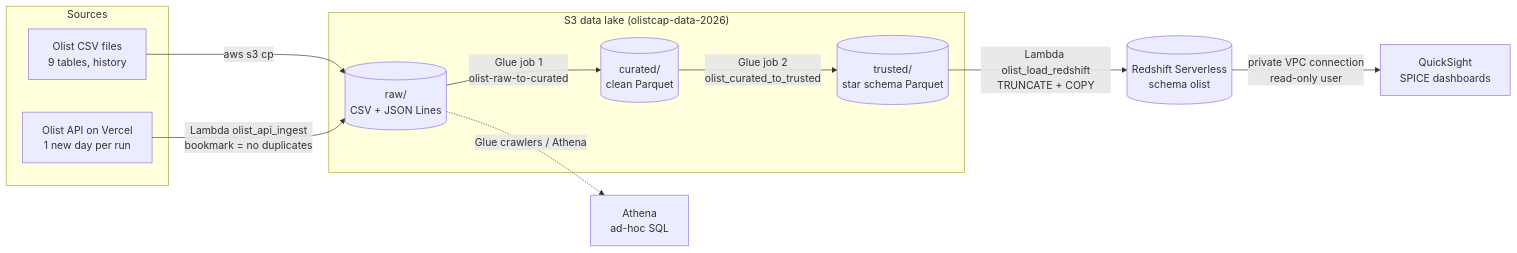
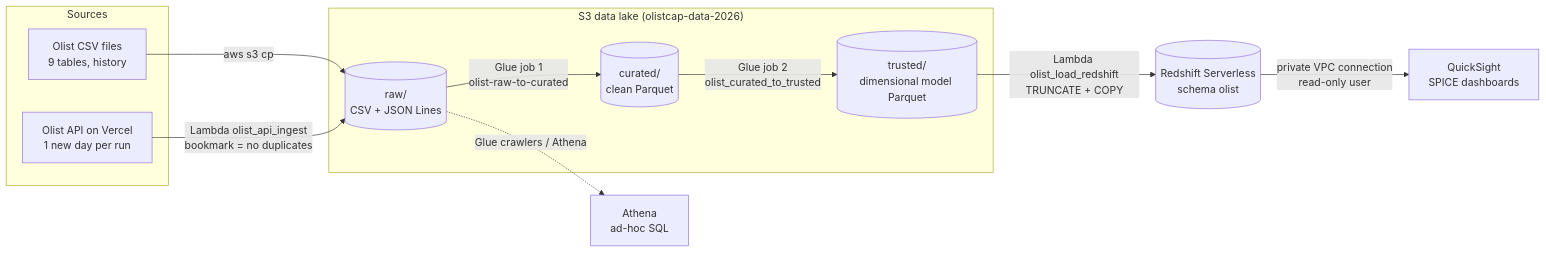
One commit to Gurumurthys1/olist-aws-data-pipeline changed the first of 3 diagrams in README.md. Above: the diagram before and after it, drawn with Mermaid. The commit also changed other lines of this file, not shown here.

Commit message:
README: describe the model as a galaxy schema (3 facts, conformed dimensions, snowflaked geography)

````diff
--- a/README.md
+++ b/README.md
@@ -35,19 +35,19 @@
 ```mermaid
 flowchart LR
     subgraph Sources
         K[Olist CSV files<br/>9 tables, history]
         A[Olist API on Vercel<br/>1 new day per run]
     end
     subgraph "S3 data lake (olistcap-data-2026)"
         R[(raw/<br/>CSV + JSON Lines)]
         C[(curated/<br/>clean Parquet)]
-        T[(trusted/<br/>star schema Parquet)]
+        T[(trusted/<br/>dimensional model Parquet)]
     end
     K -->|aws s3 cp| R
     A -->|Lambda olist_api_ingest<br/>bookmark = no duplicates| R
     R -->|Glue job 1<br/>olist-raw-to-curated| C
     C -->|Glue job 2<br/>olist_curated_to_trusted| T
     T -->|Lambda olist_load_redshift<br/>TRUNCATE + COPY| W[(Redshift Serverless<br/>schema olist)]
     W -->|private VPC connection<br/>read-only user| Q[QuickSight<br/>SPICE dashboards]
     R -. Glue crawlers / Athena .-> AT[Athena<br/>ad-hoc SQL]
 ```
````
